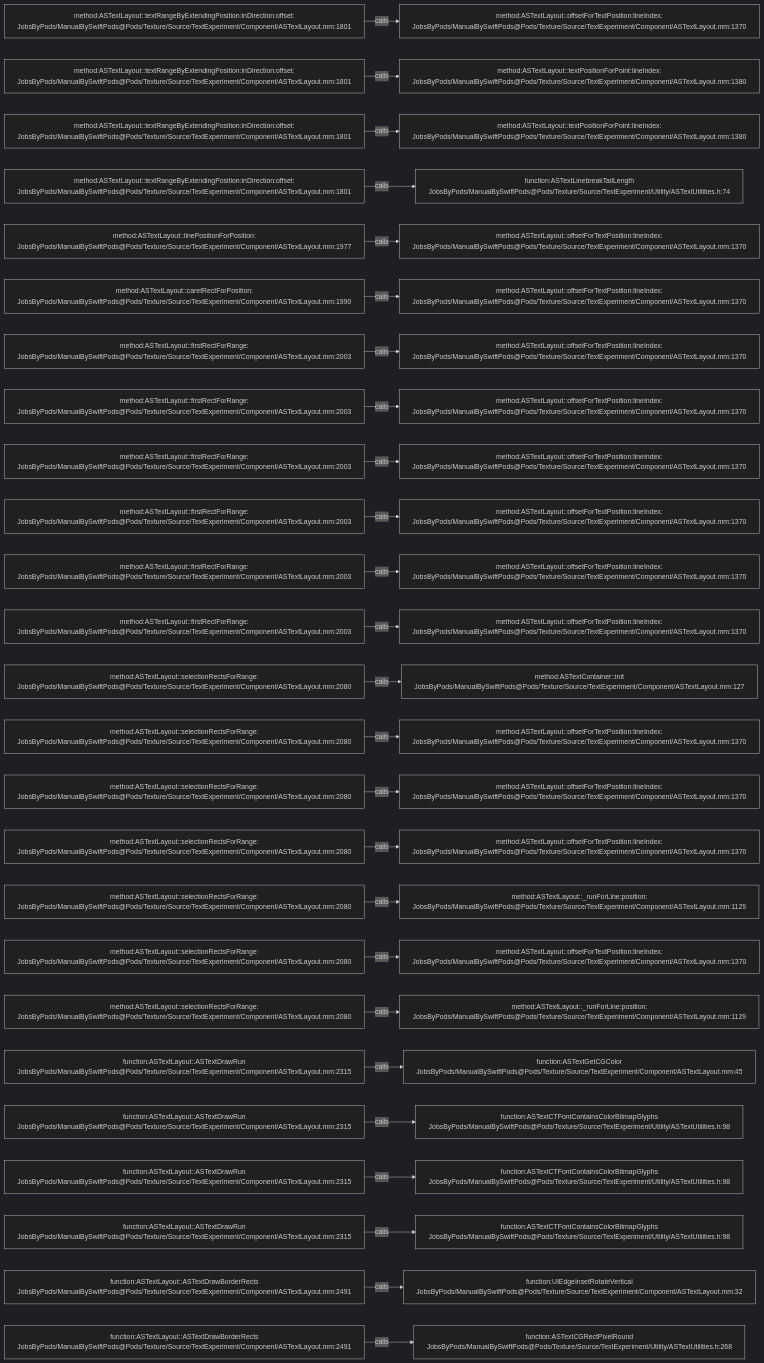
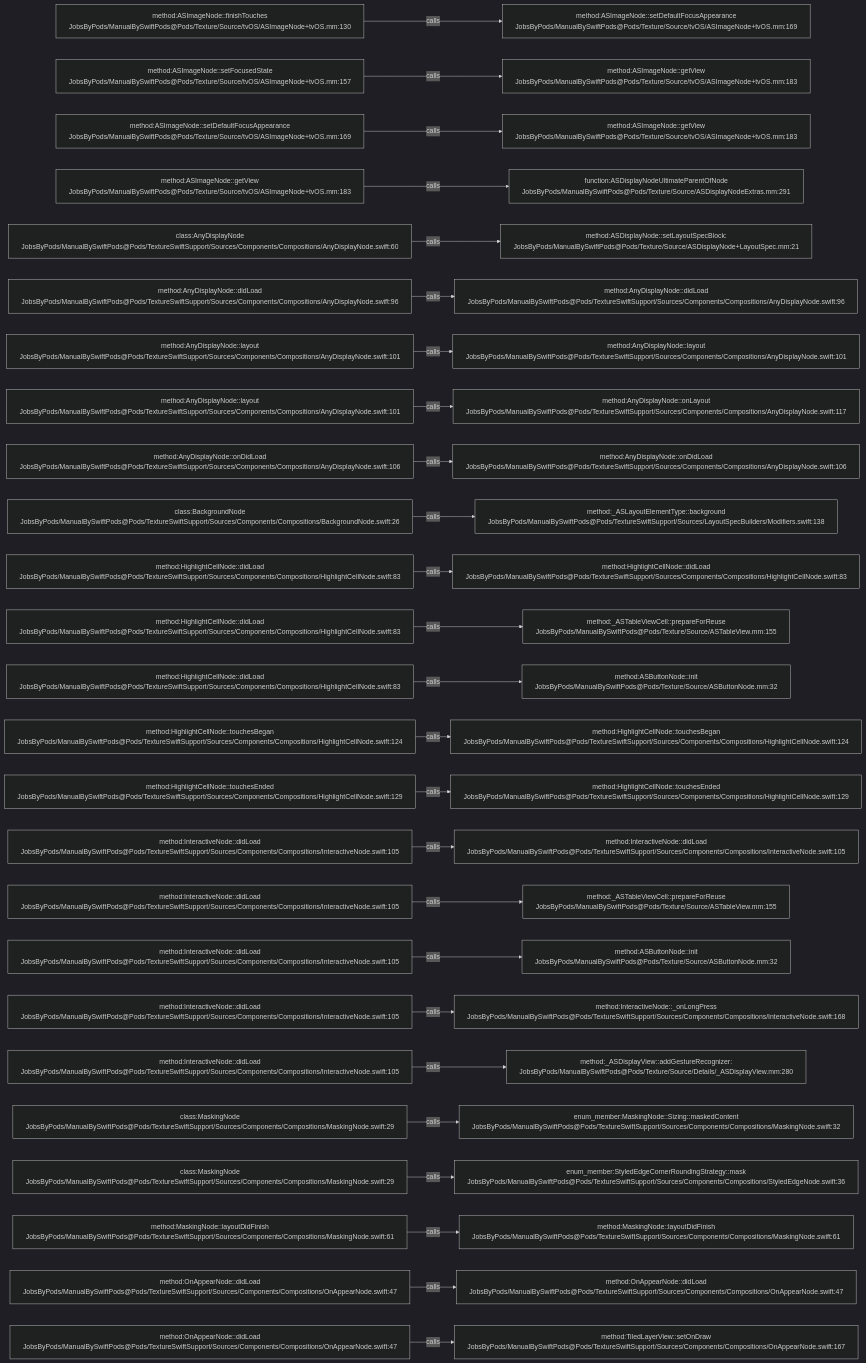
The diagram in .codegraph/codegraph.md/graphs/calls-153.md (JobsKits/JobsSwiftBaseConfigDemo), drawn with Mermaid (dark theme) before and after one commit. The commit also changed 832 other files, not shown here.

````diff
--- a/.codegraph/codegraph.md/graphs/calls-153.md
+++ b/.codegraph/codegraph.md/graphs/calls-153.md
@@ -13,78 +13,78 @@
 ```mermaid
 flowchart LR
-  S1["method:ASTextLayout::textRangeByExtendingPosition:inDirection:offset:<br/>JobsByPods/ManualBySwiftPods@Pods/Texture/Source/TextExperiment/Component/ASTextLayout.mm:1801"]
-  T1["method:ASTextLayout::offsetForTextPosition:lineIndex:<br/>JobsByPods/ManualBySwiftPods@Pods/Texture/Source/TextExperiment/Component/ASTextLayout.mm:1370"]
+  S1["method:ASImageNode::finishTouches<br/>JobsByPods/ManualBySwiftPods@Pods/Texture/Source/tvOS/ASImageNode+tvOS.mm:130"]
+  T1["method:ASImageNode::setDefaultFocusAppearance<br/>JobsByPods/ManualBySwiftPods@Pods/Texture/Source/tvOS/ASImageNode+tvOS.mm:169"]
   S1 -->|calls| T1
-  S2["method:ASTextLayout::textRangeByExtendingPosition:inDirection:offset:<br/>JobsByPods/ManualBySwiftPods@Pods/Texture/Source/TextExperiment/Component/ASTextLayout.mm:1801"]
-  T2["method:ASTextLayout::textPositionForPoint:lineIndex:<br/>JobsByPods/ManualBySwiftPods@Pods/Texture/Source/TextExperiment/Component/ASTextLayout.mm:1380"]
+  S2["method:ASImageNode::setFocusedState<br/>JobsByPods/ManualBySwiftPods@Pods/Texture/Source/tvOS/ASImageNode+tvOS.mm:157"]
+  T2["method:ASImageNode::getView<br/>JobsByPods/ManualBySwiftPods@Pods/Texture/Source/tvOS/ASImageNode+tvOS.mm:183"]
   S2 -->|calls| T2
-  S3["method:ASTextLayout::textRangeByExtendingPosition:inDirection:offset:<br/>JobsByPods/ManualBySwiftPods@Pods/Texture/Source/TextExperiment/Component/ASTextLayout.mm:1801"]
-  T3["method:ASTextLayout::textPositionForPoint:lineIndex:<br/>JobsByPods/ManualBySwiftPods@Pods/Texture/Source/TextExperiment/Component/ASTextLayout.mm:1380"]
+  S3["method:ASImageNode::setDefaultFocusAppearance<br/>JobsByPods/ManualBySwiftPods@Pods/Texture/Source/tvOS/ASImageNode+tvOS.mm:169"]
+  T3["method:ASImageNode::getView<br/>JobsByPods/ManualBySwiftPods@Pods/Texture/Source/tvOS/ASImageNode+tvOS.mm:183"]
   S3 -->|calls| T3
-  S4["method:ASTextLayout::textRangeByExtendingPosition:inDirection:offset:<br/>JobsByPods/ManualBySwiftPods@Pods/Texture/Source/TextExperiment/Component/ASTextLayout.mm:1801"]
-  T4["function:ASTextLinebreakTailLength<br/>JobsByPods/ManualBySwiftPods@Pods/Texture/Source/TextExperiment/Utility/ASTextUtilities.h:74"]
+  S4["method:ASImageNode::getView<br/>JobsByPods/ManualBySwiftPods@Pods/Texture/Source/tvOS/ASImageNode+tvOS.mm:183"]
+  T4["function:ASDisplayNodeUltimateParentOfNode<br/>JobsByPods/ManualBySwiftPods@Pods/Texture/Source/ASDisplayNodeExtras.mm:291"]
   S4 -->|calls| T4
-  S5["method:ASTextLayout::linePositionForPosition:<br/>JobsByPods/ManualBySwiftPods@Pods/Texture/Source/TextExperiment/Component/ASTextLayout.mm:1977"]
-  T5["method:ASTextLayout::offsetForTextPosition:lineIndex:<br/>JobsByPods/ManualBySwiftPods@Pods/Texture/Source/TextExperiment/Component/ASTextLayout.mm:1370"]
+  S5["class:AnyDisplayNode<br/>JobsByPods/ManualBySwiftPods@Pods/TextureSwiftSupport/Sources/Components/Compositions/AnyDisplayNode.swift:60"]
+  T5["method:ASDisplayNode::setLayoutSpecBlock:<br/>JobsByPods/ManualBySwiftPods@Pods/Texture/Source/ASDisplayNode+LayoutSpec.mm:21"]
   S5 -->|calls| T5
-  S6["method:ASTextLayout::caretRectForPosition:<br/>JobsByPods/ManualBySwiftPods@Pods/Texture/Source/TextExperiment/Component/ASTextLayout.mm:1990"]
-  T6["method:ASTextLayout::offsetForTextPosition:lineIndex:<br/>JobsByPods/ManualBySwiftPods@Pods/Texture/Source/TextExperiment/Component/ASTextLayout.mm:1370"]
+  S6["method:AnyDisplayNode::didLoad<br/>JobsByPods/ManualBySwiftPods@Pods/TextureSwiftSupport/Sources/Components/Compositions/AnyDisplayNode.swift:96"]
+  T6["method:AnyDisplayNode::didLoad<br/>JobsByPods/ManualBySwiftPods@Pods/TextureSwiftSupport/Sources/Components/Compositions/AnyDisplayNode.swift:96"]
   S6 -->|calls| T6
-  S7["method:ASTextLayout::firstRectForRange:<br/>JobsByPods/ManualBySwiftPods@Pods/Texture/Source/TextExperiment/Component/ASTextLayout.mm:2003"]
-  T7["method:ASTextLayout::offsetForTextPosition:lineIndex:<br/>JobsByPods/ManualBySwiftPods@Pods/Texture/Source/TextExperiment/Component/ASTextLayout.mm:1370"]
+  S7["method:AnyDisplayNode::layout<br/>JobsByPods/ManualBySwiftPods@Pods/TextureSwiftSupport/Sources/Components/Compositions/AnyDisplayNode.swift:101"]
+  T7["method:AnyDisplayNode::layout<br/>JobsByPods/ManualBySwiftPods@Pods/TextureSwiftSupport/Sources/Components/Compositions/AnyDisplayNode.swift:101"]
   S7 -->|calls| T7
-  S8["method:ASTextLayout::firstRectForRange:<br/>JobsByPods/ManualBySwiftPods@Pods/Texture/Source/TextExperiment/Component/ASTextLayout.mm:2003"]
-  T8["method:ASTextLayout::offsetForTextPosition:lineIndex:<br/>JobsByPods/ManualBySwiftPods@Pods/Texture/Source/TextExperiment/Component/ASTextLayout.mm:1370"]
+  S8["method:AnyDisplayNode::layout<br/>JobsByPods/ManualBySwiftPods@Pods/TextureSwiftSupport/Sources/Components/Compositions/AnyDisplayNode.swift:101"]
+  T8["method:AnyDisplayNode::onLayout<br/>JobsByPods/ManualBySwiftPods@Pods/TextureSwiftSupport/Sources/Components/Compositions/AnyDisplayNode.swift:117"]
   S8 -->|calls| T8
-  S9["method:ASTextLayout::firstRectForRange:<br/>JobsByPods/ManualBySwiftPods@Pods/Texture/Source/TextExperiment/Component/ASTextLayout.mm:2003"]
-  T9["method:ASTextLayout::offsetForTextPosition:lineIndex:<br/>JobsByPods/ManualBySwiftPods@Pods/Texture/Source/TextExperiment/Component/ASTextLayout.mm:1370"]
+  S9["method:AnyDisplayNode::onDidLoad<br/>JobsByPods/ManualBySwiftPods@Pods/TextureSwiftSupport/Sources/Components/Compositions/AnyDisplayNode.swift:106"]
+  T9["method:AnyDisplayNode::onDidLoad<br/>JobsByPods/ManualBySwiftPods@Pods/TextureSwiftSupport/Sources/Components/Compositions/AnyDisplayNode.swift:106"]
   S9 -->|calls| T9
-  S10["method:ASTextLayout::firstRectForRange:<br/>JobsByPods/ManualBySwiftPods@Pods/Texture/Source/TextExperiment/Component/ASTextLayout.mm:2003"]
-  T10["method:ASTextLayout::offsetForTextPosition:lineIndex:<br/>JobsByPods/ManualBySwiftPods@Pods/Texture/Source/TextExperiment/Component/ASTextLayout.mm:1370"]
+  S10["class:BackgroundNode<br/>JobsByPods/ManualBySwiftPods@Pods/TextureSwiftSupport/Sources/Components/Compositions/BackgroundNode.swift:26"]
+  T10["method:_ASLayoutElementType::background<br/>JobsByPods/ManualBySwiftPods@Pods/TextureSwiftSupport/Sources/LayoutSpecBuilders/Modifiers.swift:138"]
   S10 -->|calls| T10
-  S11["method:ASTextLayout::firstRectForRange:<br/>JobsByPods/ManualBySwiftPods@Pods/Texture/Source/TextExperiment/Component/ASTextLayout.mm:2003"]
-  T11["method:ASTextLayout::offsetForTextPosition:lineIndex:<br/>JobsByPods/ManualBySwiftPods@Pods/Texture/Source/TextExperiment/Component/ASTextLayout.mm:1370"]
+  S11["method:HighlightCellNode::didLoad<br/>JobsByPods/ManualBySwiftPods@Pods/TextureSwiftSupport/Sources/Components/Compositions/HighlightCellNode.swift:83"]
+  T11["method:HighlightCellNode::didLoad<br/>JobsByPods/ManualBySwiftPods@Pods/TextureSwiftSupport/Sources/Components/Compositions/HighlightCellNode.swift:83"]
   S11 -->|calls| T11
-  S12["method:ASTextLayout::firstRectForRange:<br/>JobsByPods/ManualBySwiftPods@Pods/Texture/Source/TextExperiment/Component/ASTextLayout.mm:2003"]
-  T12["method:ASTextLayout::offsetForTextPosition:lineIndex:<br/>JobsByPods/ManualBySwiftPods@Pods/Texture/Source/TextExperiment/Component/ASTextLayout.mm:1370"]
+  S12["method:HighlightCellNode::didLoad<br/>JobsByPods/ManualBySwiftPods@Pods/TextureSwiftSupport/Sources/Components/Compositions/HighlightCellNode.swift:83"]
+  T12["method:_ASTableViewCell::prepareForReuse<br/>JobsByPods/ManualBySwiftPods@Pods/Texture/Source/ASTableView.mm:155"]
   S12 -->|calls| T12
-  S13["method:ASTextLayout::selectionRectsForRange:<br/>JobsByPods/ManualBySwiftPods@Pods/Texture/Source/TextExperiment/Component/ASTextLayout.mm:2080"]
-  T13["method:ASTextContainer::init<br/>JobsByPods/ManualBySwiftPods@Pods/Texture/Source/TextExperiment/Component/ASTextLayout.mm:127"]
+  S13["method:HighlightCellNode::didLoad<br/>JobsByPods/ManualBySwiftPods@Pods/TextureSwiftSupport/Sources/Components/Compositions/HighlightCellNode.swift:83"]
+  T13["method:ASButtonNode::init<br/>JobsByPods/ManualBySwiftPods@Pods/Texture/Source/ASButtonNode.mm:32"]
   S13 -->|calls| T13
-  S14["method:ASTextLayout::selectionRectsForRange:<br/>JobsByPods/ManualBySwiftPods@Pods/Texture/Source/TextExperiment/Component/ASTextLayout.mm:2080"]
-  T14["method:ASTextLayout::offsetForTextPosition:lineIndex:<br/>JobsByPods/ManualBySwiftPods@Pods/Texture/Source/TextExperiment/Component/ASTextLayout.mm:1370"]
+  S14["method:HighlightCellNode::touchesBegan<br/>JobsByPods/ManualBySwiftPods@Pods/TextureSwiftSupport/Sources/Components/Compositions/HighlightCellNode.swift:124"]
+  T14["method:HighlightCellNode::touchesBegan<br/>JobsByPods/ManualBySwiftPods@Pods/TextureSwiftSupport/Sources/Components/Compositions/HighlightCellNode.swift:124"]
   S14 -->|calls| T14
-  S15["method:ASTextLayout::selectionRectsForRange:<br/>JobsByPods/ManualBySwiftPods@Pods/Texture/Source/TextExperiment/Component/ASTextLayout.mm:2080"]
-  T15["method:ASTextLayout::offsetForTextPosition:lineIndex:<br/>JobsByPods/ManualBySwiftPods@Pods/Texture/Source/TextExperiment/Component/ASTextLayout.mm:1370"]
+  S15["method:HighlightCellNode::touchesEnded<br/>JobsByPods/ManualBySwiftPods@Pods/TextureSwiftSupport/Sources/Components/Compositions/HighlightCellNode.swift:129"]
+  T15["method:HighlightCellNode::touchesEnded<br/>JobsByPods/ManualBySwiftPods@Pods/TextureSwiftSupport/Sources/Components/Compositions/HighlightCellNode.swift:129"]
   S15 -->|calls| T15
-  S16["method:ASTextLayout::selectionRectsForRange:<br/>JobsByPods/ManualBySwiftPods@Pods/Texture/Source/TextExperiment/Component/ASTextLayout.mm:2080"]
-  T16["method:ASTextLayout::offsetForTextPosition:lineIndex:<br/>JobsByPods/ManualBySwiftPods@Pods/Texture/Source/TextExperiment/Component/ASTextLayout.mm:1370"]
+  S16["method:InteractiveNode::didLoad<br/>JobsByPods/ManualBySwiftPods@Pods/TextureSwiftSupport/Sources/Components/Compositions/InteractiveNode.swift:105"]
+  T16["method:InteractiveNode::didLoad<br/>JobsByPods/ManualBySwiftPods@Pods/TextureSwiftSupport/Sources/Components/Compositions/InteractiveNode.swift:105"]
   S16 -->|calls| T16
-  S17["method:ASTextLayout::selectionRectsForRange:<br/>JobsByPods/ManualBySwiftPods@Pods/Texture/Source/TextExperiment/Component/ASTextLayout.mm:2080"]
-  T17["method:ASTextLayout::_runForLine:position:<br/>JobsByPods/ManualBySwiftPods@Pods/Texture/Source/TextExperiment/Component/ASTextLayout.mm:1129"]
+  S17["method:InteractiveNode::didLoad<br/>JobsByPods/ManualBySwiftPods@Pods/TextureSwiftSupport/Sources/Components/Compositions/InteractiveNode.swift:105"]
+  T17["method:_ASTableViewCell::prepareForReuse<br/>JobsByPods/ManualBySwiftPods@Pods/Texture/Source/ASTableView.mm:155"]
   S17 -->|calls| T17
-  S18["method:ASTextLayout::selectionRectsForRange:<br/>JobsByPods/ManualBySwiftPods@Pods/Texture/Source/TextExperiment/Component/ASTextLayout.mm:2080"]
-  T18["method:ASTextLayout::offsetForTextPosition:lineIndex:<br/>JobsByPods/ManualBySwiftPods@Pods/Texture/Source/TextExperiment/Component/ASTextLayout.mm:1370"]
+  S18["method:InteractiveNode::didLoad<br/>JobsByPods/ManualBySwiftPods@Pods/TextureSwiftSupport/Sources/Components/Compositions/InteractiveNode.swift:105"]
+  T18["method:ASButtonNode::init<br/>JobsByPods/ManualBySwiftPods@Pods/Texture/Source/ASButtonNode.mm:32"]
   S18 -->|calls| T18
-  S19["method:ASTextLayout::selectionRectsForRange:<br/>JobsByPods/ManualBySwiftPods@Pods/Texture/Source/TextExperiment/Component/ASTextLayout.mm:2080"]
-  T19["method:ASTextLayout::_runForLine:position:<br/>JobsByPods/ManualBySwiftPods@Pods/Texture/Source/TextExperiment/Component/ASTextLayout.mm:1129"]
+  S19["method:InteractiveNode::didLoad<br/>JobsByPods/ManualBySwiftPods@Pods/TextureSwiftSupport/Sources/Components/Compositions/InteractiveNode.swift:105"]
+  T19["method:InteractiveNode::_onLongPress<br/>JobsByPods/ManualBySwiftPods@Pods/TextureSwiftSupport/Sources/Components/Compositions/InteractiveNode.swift:168"]
   S19 -->|calls| T19
-  S20["function:ASTextLayout::ASTextDrawRun<br/>JobsByPods/ManualBySwiftPods@Pods/Texture/Source/TextExperiment/Component/ASTextLayout.mm:2315"]
-  T20["function:ASTextGetCGColor<br/>JobsByPods/ManualBySwiftPods@Pods/Texture/Source/TextExperiment/Component/ASTextLayout.mm:45"]
+  S20["method:InteractiveNode::didLoad<br/>JobsByPods/ManualBySwiftPods@Pods/TextureSwiftSupport/Sources/Components/Compositions/InteractiveNode.swift:105"]
+  T20["method:_ASDisplayView::addGestureRecognizer:<br/>JobsByPods/ManualBySwiftPods@Pods/Texture/Source/Details/_ASDisplayView.mm:280"]
   S20 -->|calls| T20
-  S21["function:ASTextLayout::ASTextDrawRun<br/>JobsByPods/ManualBySwiftPods@Pods/Texture/Source/TextExperiment/Component/ASTextLayout.mm:2315"]
-  T21["function:ASTextCTFontContainsColorBitmapGlyphs<br/>JobsByPods/ManualBySwiftPods@Pods/Texture/Source/TextExperiment/Utility/ASTextUtilities.h:98"]
+  S21["class:MaskingNode<br/>JobsByPods/ManualBySwiftPods@Pods/TextureSwiftSupport/Sources/Components/Compositions/MaskingNode.swift:29"]
+  T21["enum_member:MaskingNode::Sizing::maskedContent<br/>JobsByPods/ManualBySwiftPods@Pods/TextureSwiftSupport/Sources/Components/Compositions/MaskingNode.swift:32"]
   S21 -->|calls| T21
-  S22["function:ASTextLayout::ASTextDrawRun<br/>JobsByPods/ManualBySwiftPods@Pods/Texture/Source/TextExperiment/Component/ASTextLayout.mm:2315"]
-  T22["function:ASTextCTFontContainsColorBitmapGlyphs<br/>JobsByPods/ManualBySwiftPods@Pods/Texture/Source/TextExperiment/Utility/ASTextUtilities.h:98"]
+  S22["class:MaskingNode<br/>JobsByPods/ManualBySwiftPods@Pods/TextureSwiftSupport/Sources/Components/Compositions/MaskingNode.swift:29"]
+  T22["enum_member:StyledEdgeCornerRoundingStrategy::mask<br/>JobsByPods/ManualBySwiftPods@Pods/TextureSwiftSupport/Sources/Components/Compositions/StyledEdgeNode.swift:36"]
   S22 -->|calls| T22
-  S23["function:ASTextLayout::ASTextDrawRun<br/>JobsByPods/ManualBySwiftPods@Pods/Texture/Source/TextExperiment/Component/ASTextLayout.mm:2315"]
-  T23["function:ASTextCTFontContainsColorBitmapGlyphs<br/>JobsByPods/ManualBySwiftPods@Pods/Texture/Source/TextExperiment/Utility/ASTextUtilities.h:98"]
+  S23["method:MaskingNode::layoutDidFinish<br/>JobsByPods/ManualBySwiftPods@Pods/TextureSwiftSupport/Sources/Components/Compositions/MaskingNode.swift:61"]
+  T23["method:MaskingNode::layoutDidFinish<br/>JobsByPods/ManualBySwiftPods@Pods/TextureSwiftSupport/Sources/Components/Compositions/MaskingNode.swift:61"]
   S23 -->|calls| T23
-  S24["function:ASTextLayout::ASTextDrawBorderRects<br/>JobsByPods/ManualBySwiftPods@Pods/Texture/Source/TextExperiment/Component/ASTextLayout.mm:2491"]
-  T24["function:UIEdgeInsetRotateVertical<br/>JobsByPods/ManualBySwiftPods@Pods/Texture/Source/TextExperiment/Component/ASTextLayout.mm:32"]
+  S24["method:OnAppearNode::didLoad<br/>JobsByPods/ManualBySwiftPods@Pods/TextureSwiftSupport/Sources/Components/Compositions/OnAppearNode.swift:47"]
+  T24["method:OnAppearNode::didLoad<br/>JobsByPods/ManualBySwiftPods@Pods/TextureSwiftSupport/Sources/Components/Compositions/OnAppearNode.swift:47"]
   S24 -->|calls| T24
-  S25["function:ASTextLayout::ASTextDrawBorderRects<br/>JobsByPods/ManualBySwiftPods@Pods/Texture/Source/TextExperiment/Component/ASTextLayout.mm:2491"]
-  T25["function:ASTextCGRectPixelRound<br/>JobsByPods/ManualBySwiftPods@Pods/Texture/Source/TextExperiment/Utility/ASTextUtilities.h:268"]
+  S25["method:OnAppearNode::didLoad<br/>JobsByPods/ManualBySwiftPods@Pods/TextureSwiftSupport/Sources/Components/Compositions/OnAppearNode.swift:47"]
+  T25["method:TiledLayerView::setOnDraw<br/>JobsByPods/ManualBySwiftPods@Pods/TextureSwiftSupport/Sources/Components/Compositions/OnAppearNode.swift:167"]
   S25 -->|calls| T25
 ```
````
